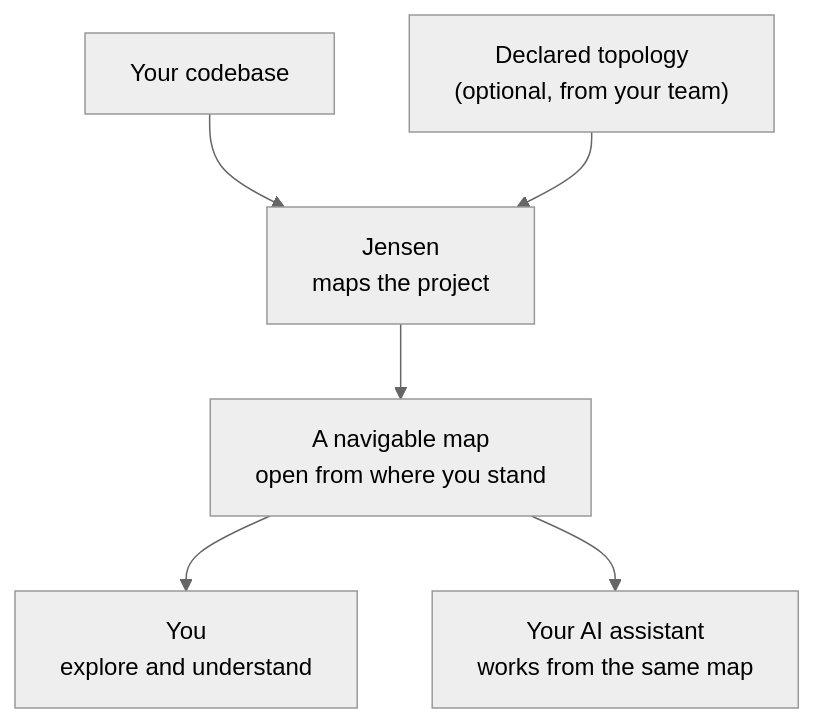
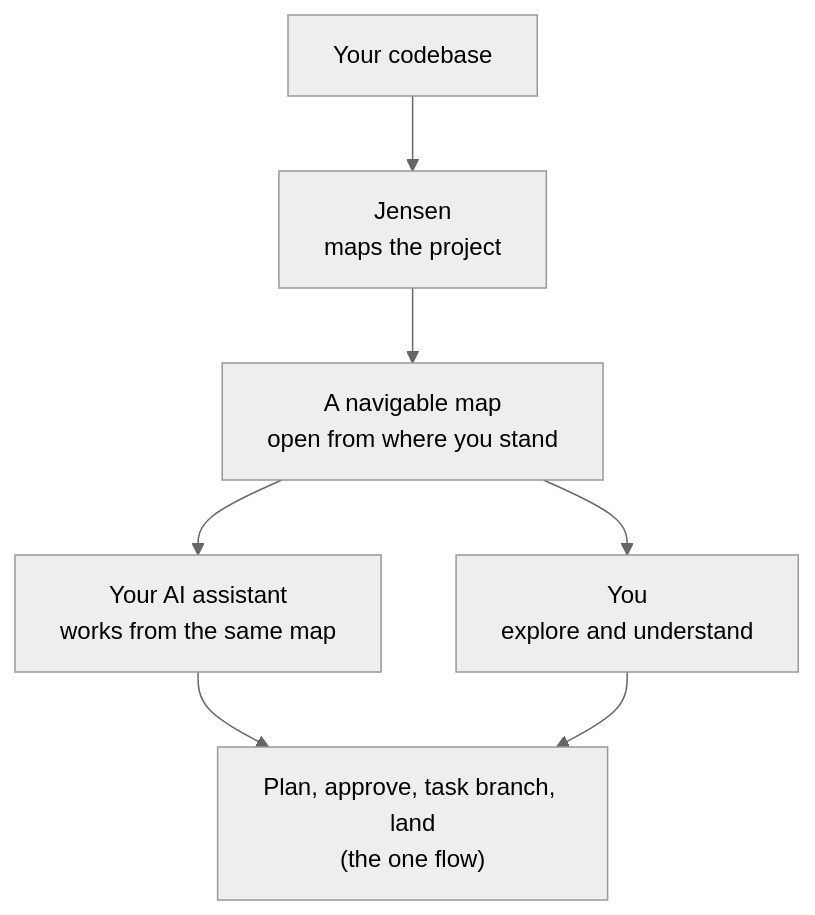
Before and after one commit to jensen-org/releases: the diagram in README.md, drawn with Mermaid (neutral theme). The commit also changed other lines of this file and 50 other files, not shown here.

Commit message:
docs: rewrite the documentation for the three page app and the one flow

````diff
--- a/README.md
+++ b/README.md
@@ -83,15 +83,16 @@
 ```mermaid
 flowchart TD
     A["Your codebase"]
-    B["Declared topology\n(optional, from your team)"]
+    B["Plan, approve, task branch, land\n(the one flow)"]
     C["Jensen\nmaps the project"]
     D["A navigable map\nopen from where you stand"]
     E["You\nexplore and understand"]
     F["Your AI assistant\nworks from the same map"]
 
     A --> C
-    B --> C
     C --> D
     D --> E
     D --> F
+    F --> B
+    E --> B
 ```
````
